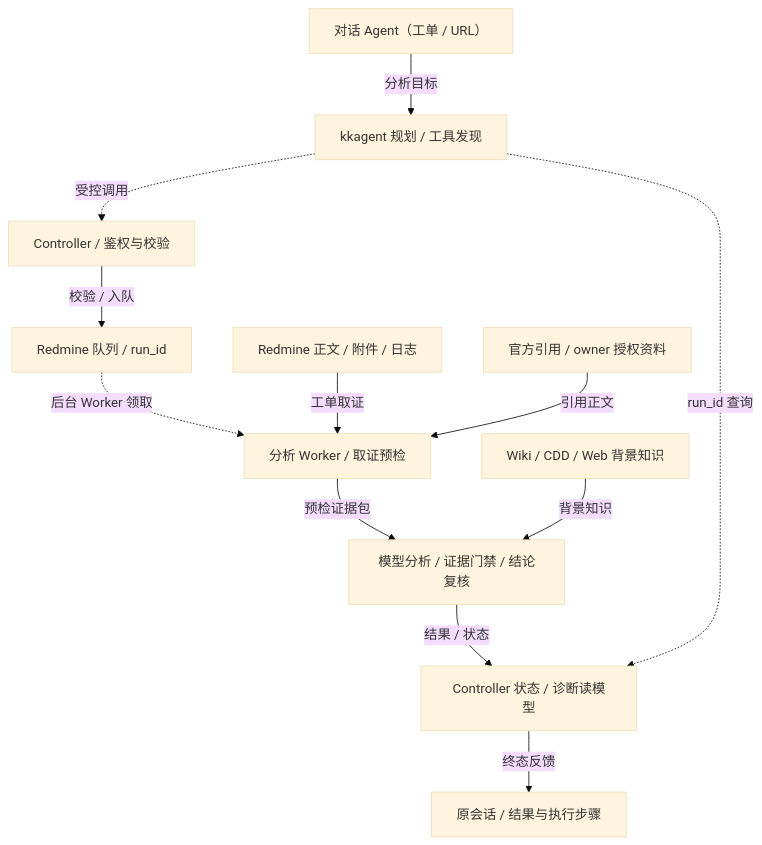
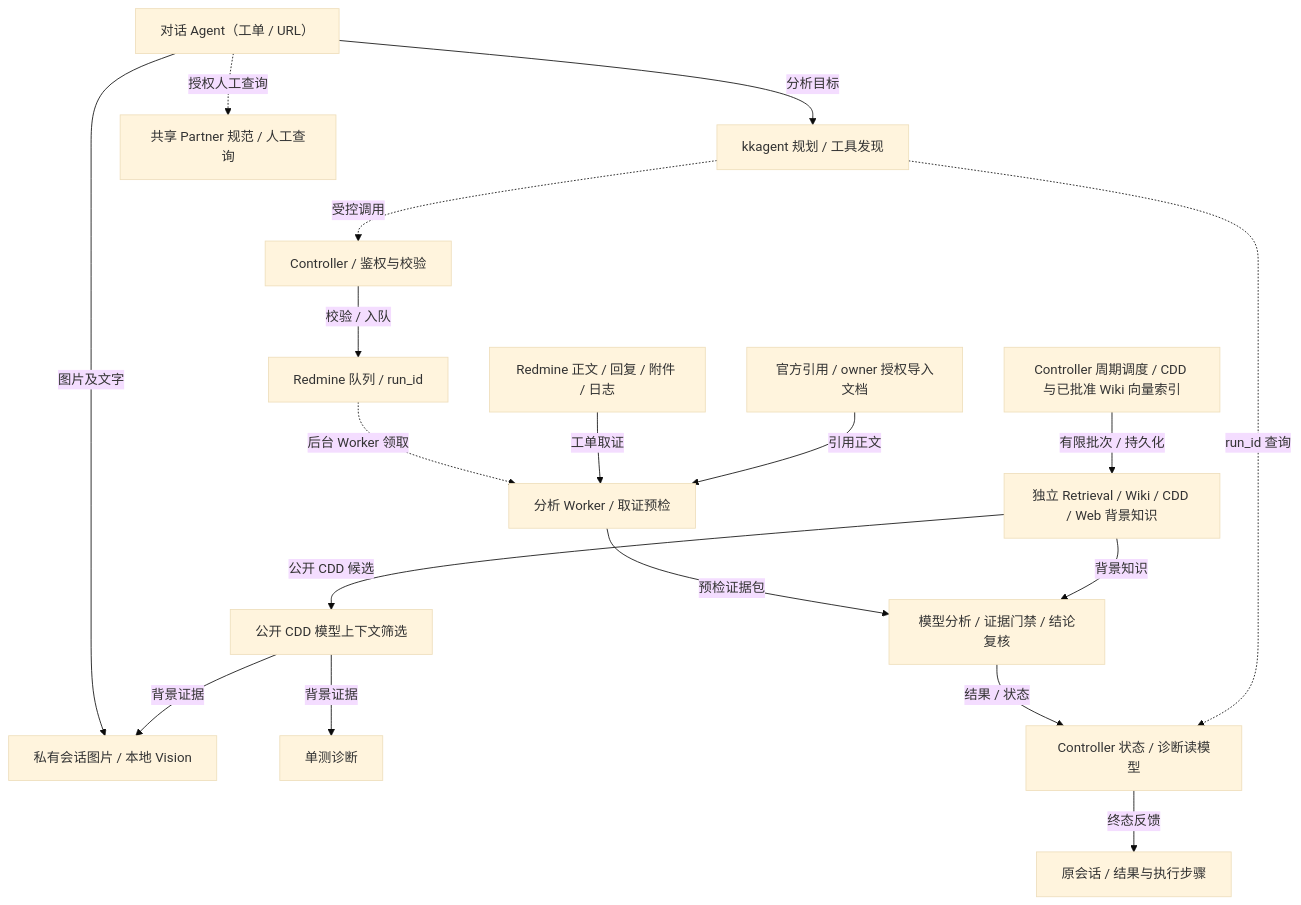
Before and after one commit to weixin1263831586/GMS_Remote_Test_Web: the diagram in docs/architecture/agent-analysis-topology.mmd, drawn with Mermaid (base theme). The commit also changed 203 other files, not shown here.

```diff
--- a/docs/architecture/agent-analysis-topology.mmd
+++ b/docs/architecture/agent-analysis-topology.mmd
@@ -1,25 +1,36 @@
 %% 后台 Worker 负责取证、引用召回和复核；Agent 按 run_id 查询任务权威状态。
 flowchart TB
     Chat["对话 Agent（工单 / URL）"]
     Planner["kkagent 规划 / 工具发现"]
     Guard["Controller / 鉴权与校验"]
     Run["Redmine 队列 / run_id"]
     Collect["分析 Worker / 取证预检"]
-    Evidence["Redmine 正文 / 附件 / 日志"]
-    References["官方引用 / owner 授权资料"]
+    Evidence["Redmine 正文 / 回复 / 附件 / 日志"]
+    References["官方引用 / owner 授权导入文档"]
     Review["模型分析 / 证据门禁 / 结论复核"]
-    Knowledge["Wiki / CDD / Web 背景知识"]
+    Knowledge["独立 Retrieval / Wiki / CDD / Web 背景知识"]
+    Index["Controller 周期调度 / CDD 与已批准 Wiki 向量索引"]
+    Image["私有会话图片 / 本地 Vision"]
+    PublicCDD["公开 CDD 模型上下文筛选"]
+    Report["单测诊断"]
+    Partner["共享 Partner 规范 / 人工查询"]
     Monitor["Controller 状态 / 诊断读模型"]
     Reply["原会话 / 结果与执行步骤"]
 
     Chat -->|"分析目标"| Planner
     Planner -.->|"受控调用"| Guard
     Guard -->|"校验 / 入队"| Run
     Run -.->|"后台 Worker 领取"| Collect
     Evidence -->|"工单取证"| Collect
     References -->|"引用正文"| Collect
     Collect -->|"预检证据包"| Review
+    Index -->|"有限批次 / 持久化"| Knowledge
     Knowledge -->|"背景知识"| Review
+    Knowledge -->|"公开 CDD 候选"| PublicCDD
+    Chat -->|"图片及文字"| Image
+    PublicCDD -->|"背景证据"| Image
+    PublicCDD -->|"背景证据"| Report
+    Chat -.->|"授权人工查询"| Partner
     Review -->|"结果 / 状态"| Monitor
     Planner -.->|"run_id 查询"| Monitor
     Monitor -->|"终态反馈"| Reply
```
